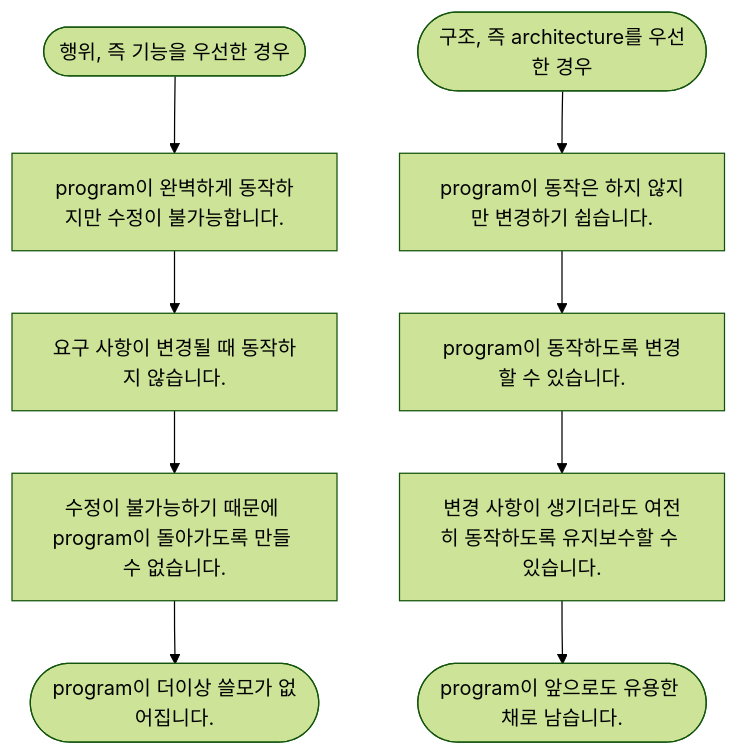
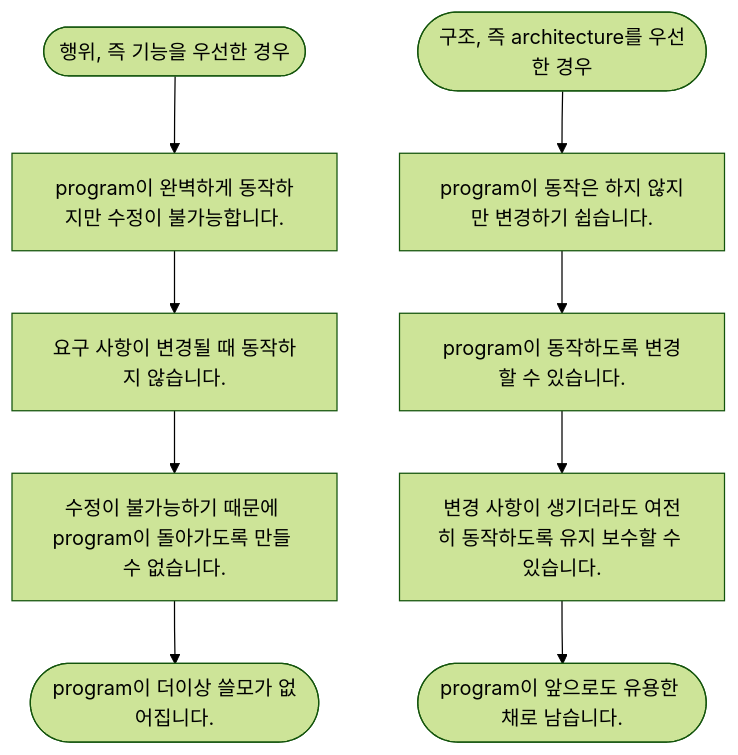
Before and after one commit to choesimin/choesimin.github.io: the diagram in _skills/clean-architecture/index.md, drawn with Mermaid (forest theme). The commit also changed other lines of this file and 30 other files, not shown here.

````diff
--- a/_skills/clean-architecture/index.md
+++ b/_skills/clean-architecture/index.md
@@ -88,7 +88,7 @@
 ```mermaid
 flowchart TD
 
 behavior([행위, 즉 기능을 우선한 경우]) --> behavior1[program이 완벽하게 동작하지만 수정이 불가능합니다.] --> behavior2[요구 사항이 변경될 때 동작하지 않습니다.] --> behavior3[수정이 불가능하기 때문에 program이 돌아가도록 만들 수 없습니다.] --> behavior4([program이 더이상 쓸모가 없어집니다.])
 
-structure([구조, 즉 architecture를 우선한 경우]) --> structure1[program이 동작은 하지 않지만 변경하기 쉽습니다.] --> structure2[program이 동작하도록 변경할 수 있습니다.] --> structure3[변경 사항이 생기더라도 여전히 동작하도록 유지보수할 수 있습니다.] --> structure4([program이 앞으로도 유용한 채로 남습니다.])
+structure([구조, 즉 architecture를 우선한 경우]) --> structure1[program이 동작은 하지 않지만 변경하기 쉽습니다.] --> structure2[program이 동작하도록 변경할 수 있습니다.] --> structure3[변경 사항이 생기더라도 여전히 동작하도록 유지 보수할 수 있습니다.] --> structure4([program이 앞으로도 유용한 채로 남습니다.])
 ```
````
